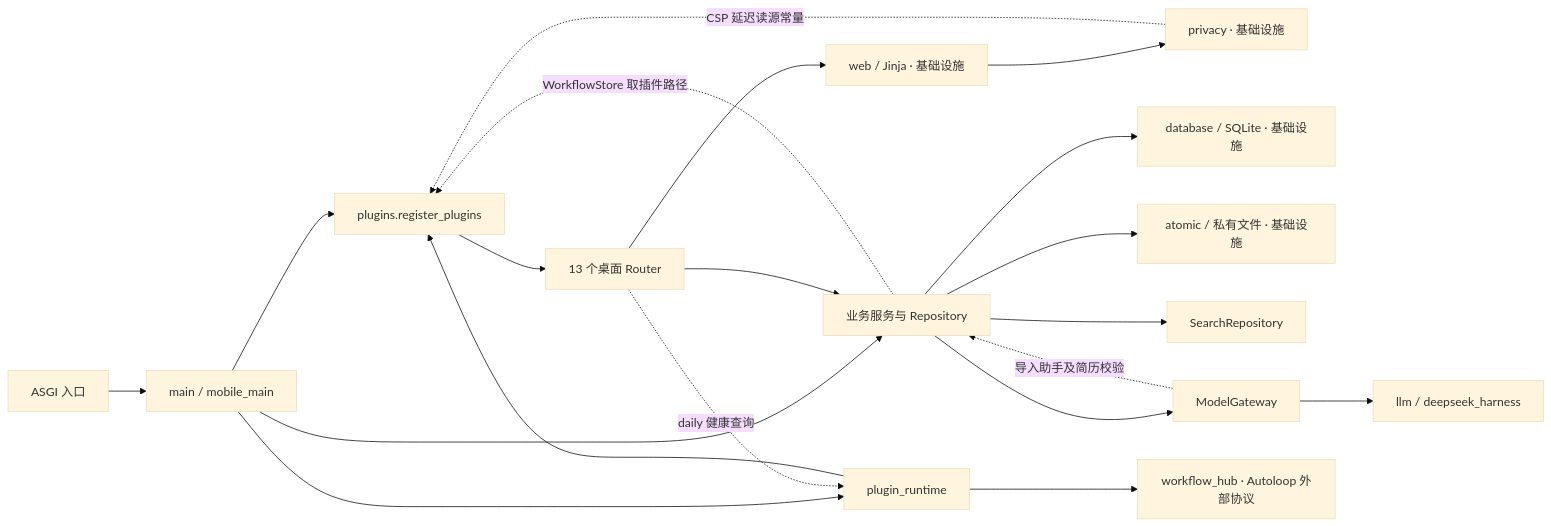
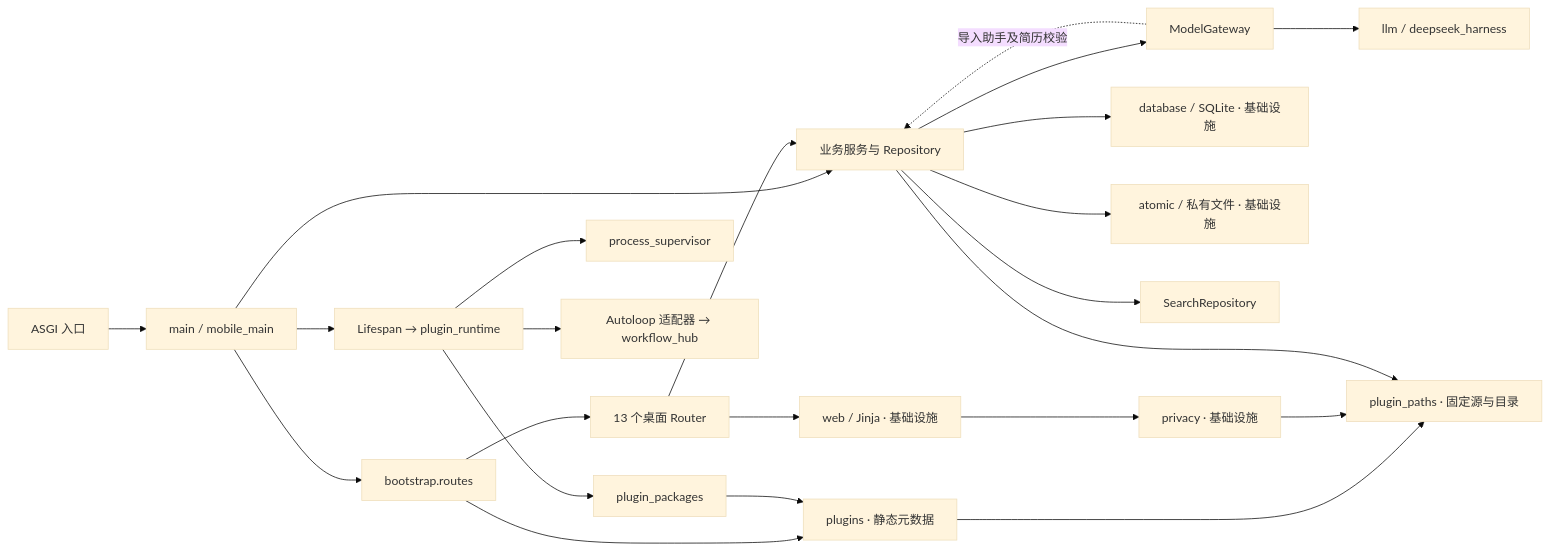
The first of 3 diagrams in docs/architecture/dependency-map.md (lemon-neko/personal-creative-workspace), drawn with Mermaid (base theme) before and after one commit. The commit also changed other lines of this file and 135 other files, not shown here.

Commit message:
Modularize Career, Agent Runtime, and plugin supervision

````diff
--- a/docs/architecture/dependency-map.md
+++ b/docs/architecture/dependency-map.md
@@ -14,22 +14,25 @@
 ```mermaid
 flowchart LR
     Entry["ASGI 入口"] --> Factory["main / mobile_main"]
-    Factory --> Registry["plugins.register_plugins"]
-    Registry --> Routers["13 个桌面 Router"]
+    Factory --> Routes["bootstrap.routes"]
+    Routes --> Registry["plugins · 静态元数据"]
+    Routes --> Routers["13 个桌面 Router"]
+    Registry --> Paths["plugin_paths · 固定源与目录"]
     Factory --> Work["业务服务与 Repository"]
-    Factory --> Runtime["plugin_runtime"]
+    Factory --> Runtime["Lifespan → plugin_runtime"]
     Routers --> Work
     Routers --> Web["web / Jinja · 基础设施"]
     Web --> Privacy["privacy · 基础设施"]
-    Privacy -. "CSP 延迟读源常量" .-> Registry
+    Privacy --> Paths
     Work --> DB["database / SQLite · 基础设施"]
     Work --> FS["atomic / 私有文件 · 基础设施"]
     Work --> Index["SearchRepository"]
     Work --> Model["ModelGateway"]
     Model -. "导入助手及简历校验" .-> Work
     Model --> Provider["llm / deepseek_harness"]
-    Runtime --> Hub["workflow_hub · Autoloop 外部协议"]
-    Runtime --> Registry
-    Routers -. "daily 健康查询" .-> Runtime
-    Work -. "WorkflowStore 取插件路径" .-> Registry
+    Runtime --> Supervisor["process_supervisor"]
+    Runtime --> Hub["Autoloop 适配器 → workflow_hub"]
+    Runtime --> Packages["plugin_packages"]
+    Packages --> Registry
+    Work --> Paths
 ```
````
